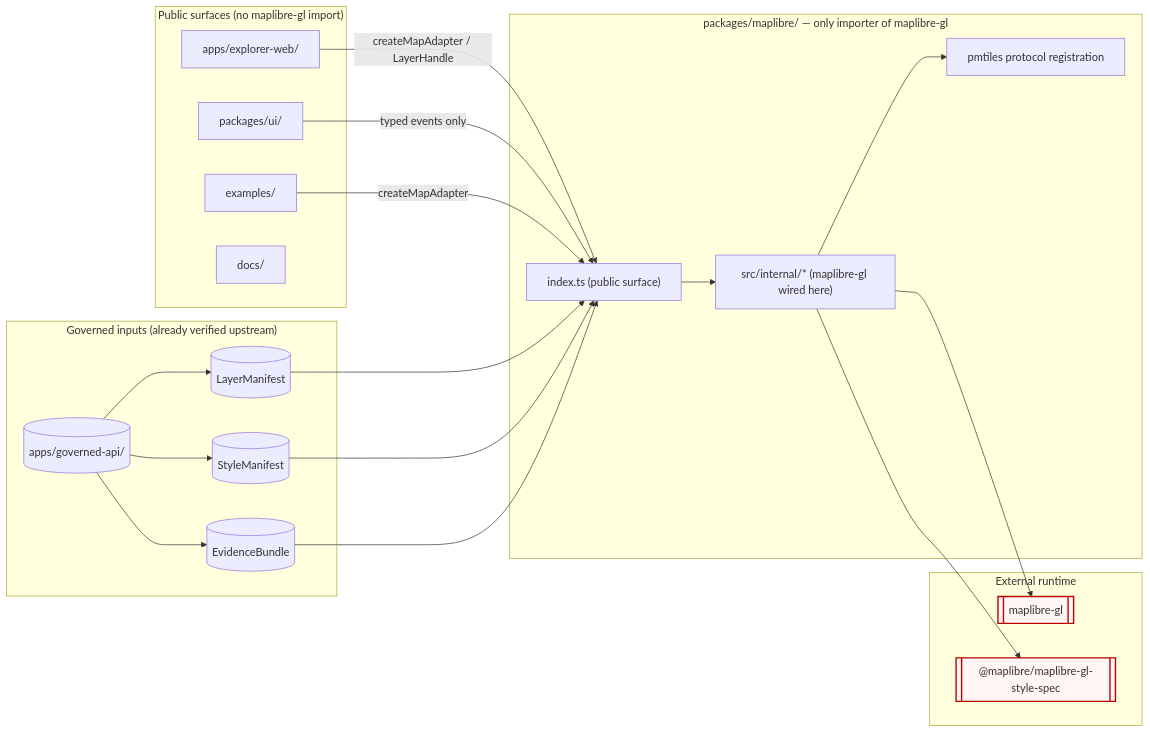
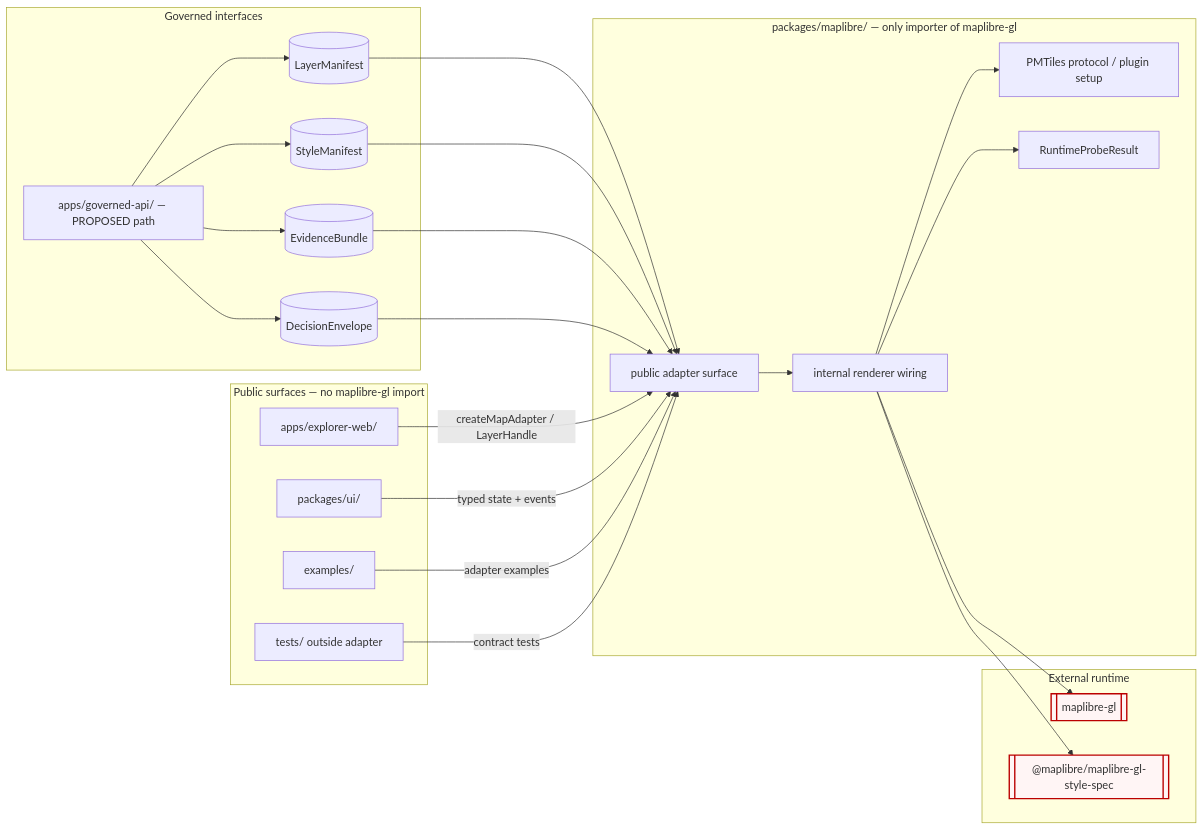
Before and after one commit to bartytime4life/Kansas-Frontier-Matrix: the diagram in docs/adr/ADR-0006-maplibre-boundary--only-maplibreadapter-imports-maplibre.md, drawn with Mermaid. The commit also changed other lines of this file, not shown here.

````diff
--- a/docs/adr/ADR-0006-maplibre-boundary--only-maplibreadapter-imports-maplibre.md
+++ b/docs/adr/ADR-0006-maplibre-boundary--only-maplibreadapter-imports-maplibre.md
@@ -179,45 +243,52 @@
 ```mermaid
 flowchart LR
-  subgraph PublicSurfaces["Public surfaces (no maplibre-gl import)"]
+  subgraph PublicSurfaces["Public surfaces — no maplibre-gl import"]
     EW["apps/explorer-web/"]
     UI["packages/ui/"]
     EX["examples/"]
-    DOCS["docs/"]
+    TST["tests/ outside adapter"]
+  end
+
+  subgraph GovernedAPI["Governed interfaces"]
+    GA["apps/governed-api/ — PROPOSED path"]
+    LM[("LayerManifest")]
+    SM[("StyleManifest")]
+    EB[("EvidenceBundle")]
+    DE[("DecisionEnvelope")]
   end
 
   subgraph Adapter["packages/maplibre/ — only importer of maplibre-gl"]
-    IDX["index.ts (public surface)"]
-    IMPL["src/internal/* (maplibre-gl wired here)"]
-    PROTO["pmtiles protocol registration"]
+    IDX["public adapter surface"]
+    IMPL["internal renderer wiring"]
+    PROTO["PMTiles protocol / plugin setup"]
+    HEALTH["RuntimeProbeResult"]
   end
 
   subgraph Runtime["External runtime"]
     MGL[["maplibre-gl"]]
     SS[["@maplibre/maplibre-gl-style-spec"]]
   end
 
-  subgraph Governed["Governed inputs (already verified upstream)"]
-    LM[("LayerManifest")]
-    SM[("StyleManifest")]
-    EB[("EvidenceBundle")]
-    GA[("apps/governed-api/")]
-  end
-
-  EW -->|"createMapAdapter / LayerHandle"| IDX
-  UI -->|"typed events only"| IDX
-  EX -->|"createMapAdapter"| IDX
-  IDX --> IMPL
-  IMPL --> MGL
-  IMPL --> SS
-  IMPL --> PROTO
-
   GA --> LM
   GA --> SM
   GA --> EB
+  GA --> DE
   LM --> IDX
   SM --> IDX
   EB --> IDX
+  DE --> IDX
+
+  EW -->|"createMapAdapter / LayerHandle"| IDX
+  UI -->|"typed state + events"| IDX
+  EX -->|"adapter examples"| IDX
+  TST -->|"contract tests"| IDX
+
+  IDX --> IMPL
+  IMPL --> PROTO
+  IMPL --> HEALTH
+  IMPL --> MGL
+  IMPL --> SS
 
   classDef forbidden stroke:#b00,stroke-width:2px,fill:#fff5f5;
   class MGL,SS forbidden;
 ```
````
